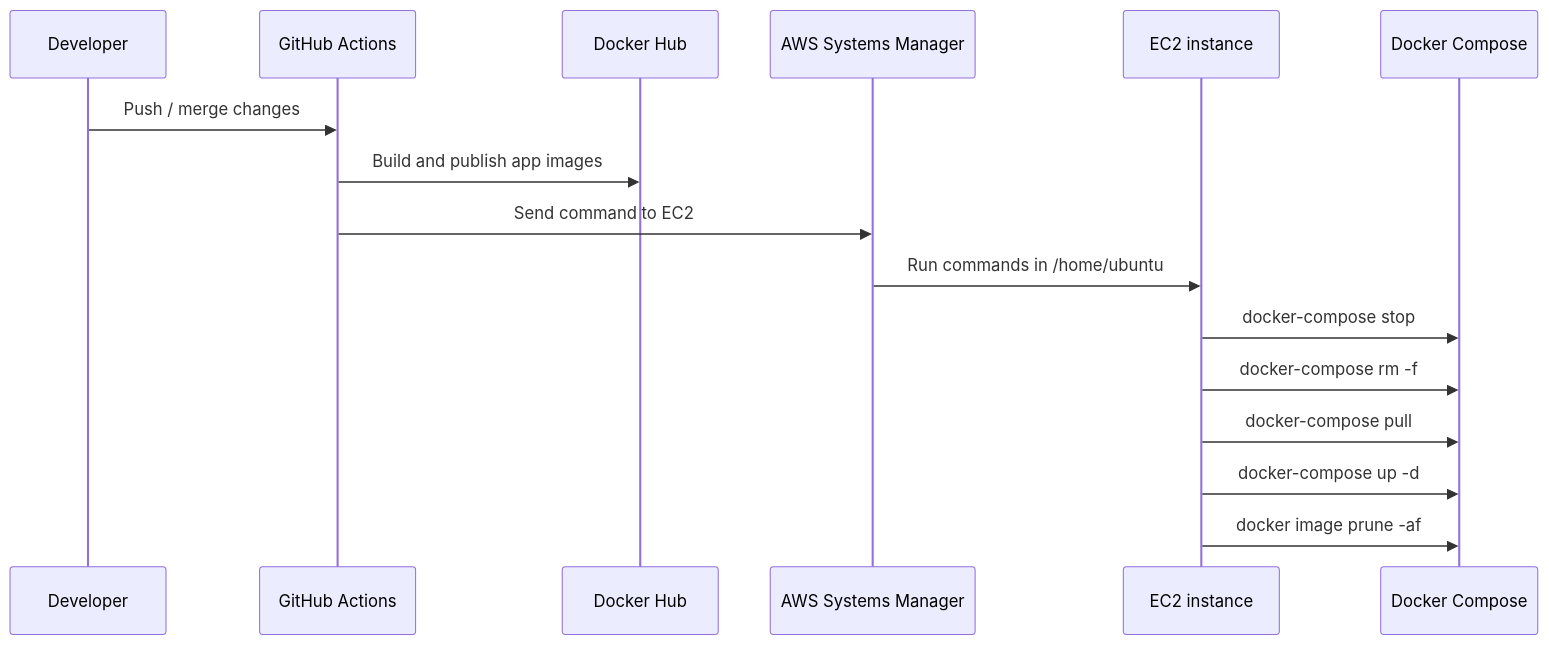
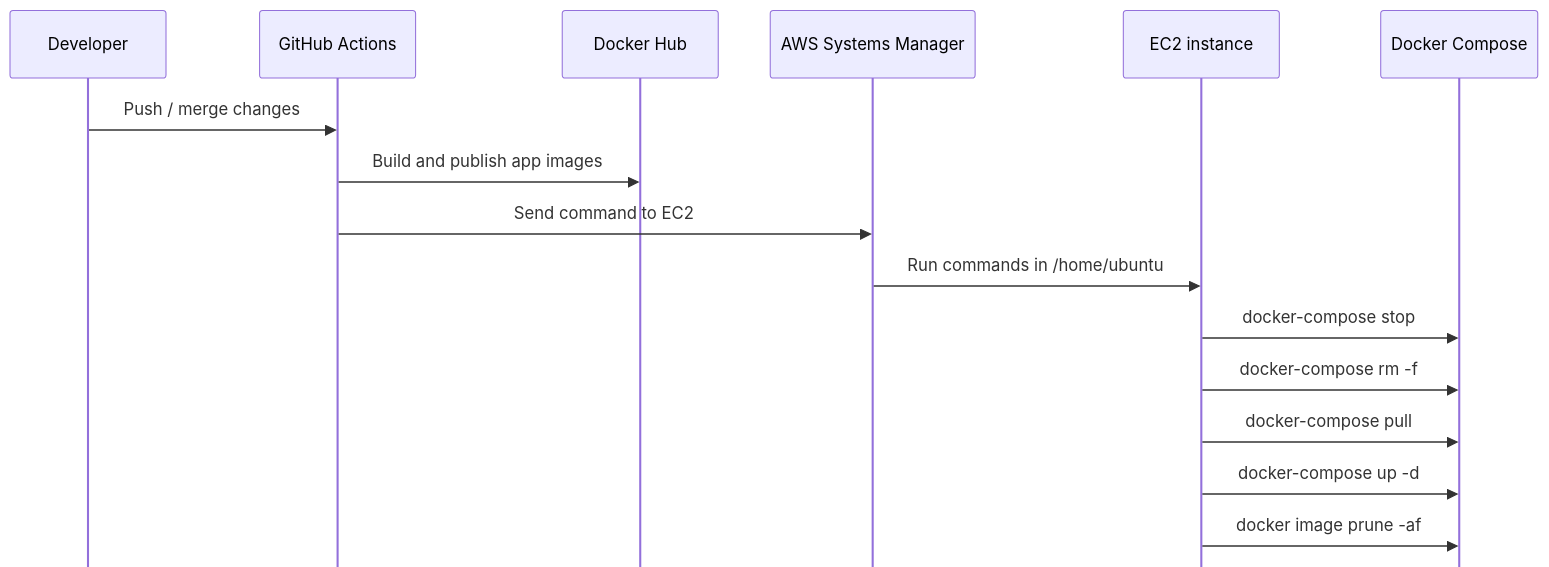
Before and after one commit to KaraWatts/ManateeWatch: the third of 4 diagrams in docs/architecture.md, drawn with Mermaid.

Commit message:
Add sequence diagram to architecture documentation

````diff
--- a/docs/architecture.md
+++ b/docs/architecture.md
@@ -85,19 +85,20 @@
 ```mermaid
+%%{init: {"sequence": {"mirrorActors": false}}}%%
 sequenceDiagram
     participant Dev as Developer
     participant GH as GitHub Actions
     participant Hub as Docker Hub
     participant SSM as AWS Systems Manager
     participant EC2 as EC2 instance
     participant Docker as Docker Compose
 
     Dev->>GH: Push / merge changes
     GH->>Hub: Build and publish app images
     GH->>SSM: Send command to EC2
     SSM->>EC2: Run commands in /home/ubuntu
     EC2->>Docker: docker-compose stop
     EC2->>Docker: docker-compose rm -f
     EC2->>Docker: docker-compose pull
     EC2->>Docker: docker-compose up -d
     EC2->>Docker: docker image prune -af
 ```
````
